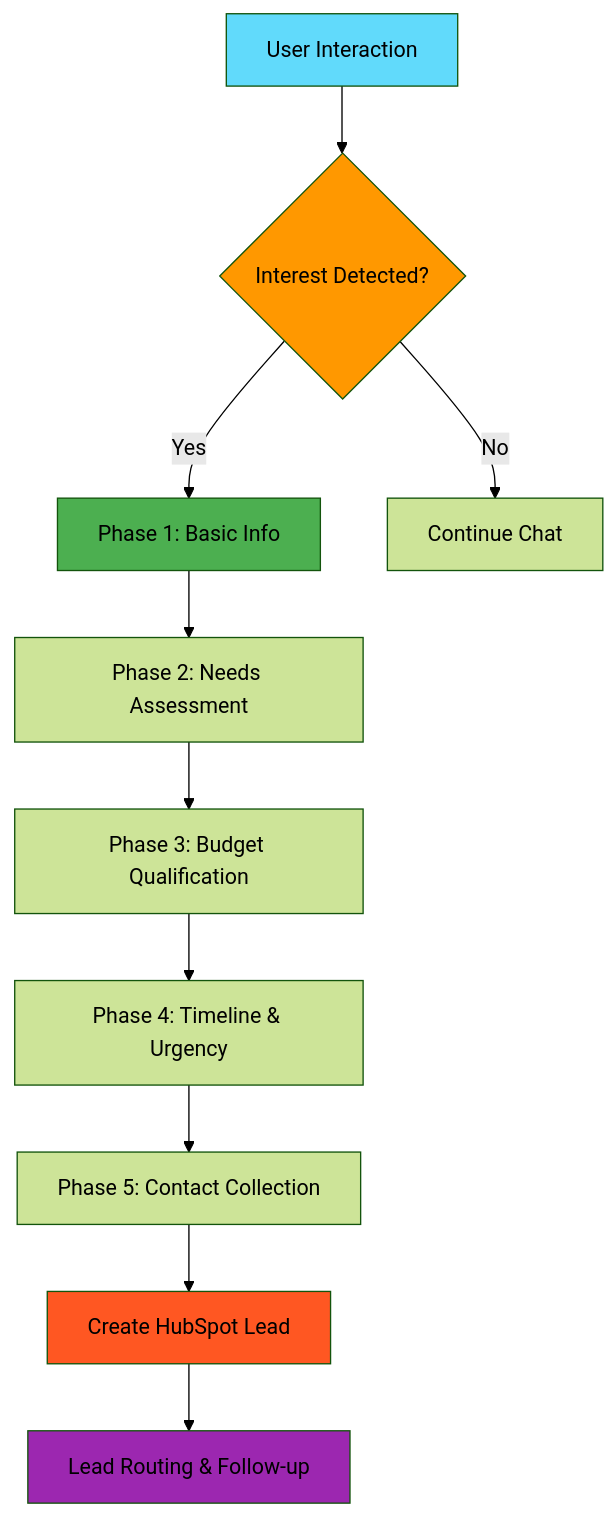
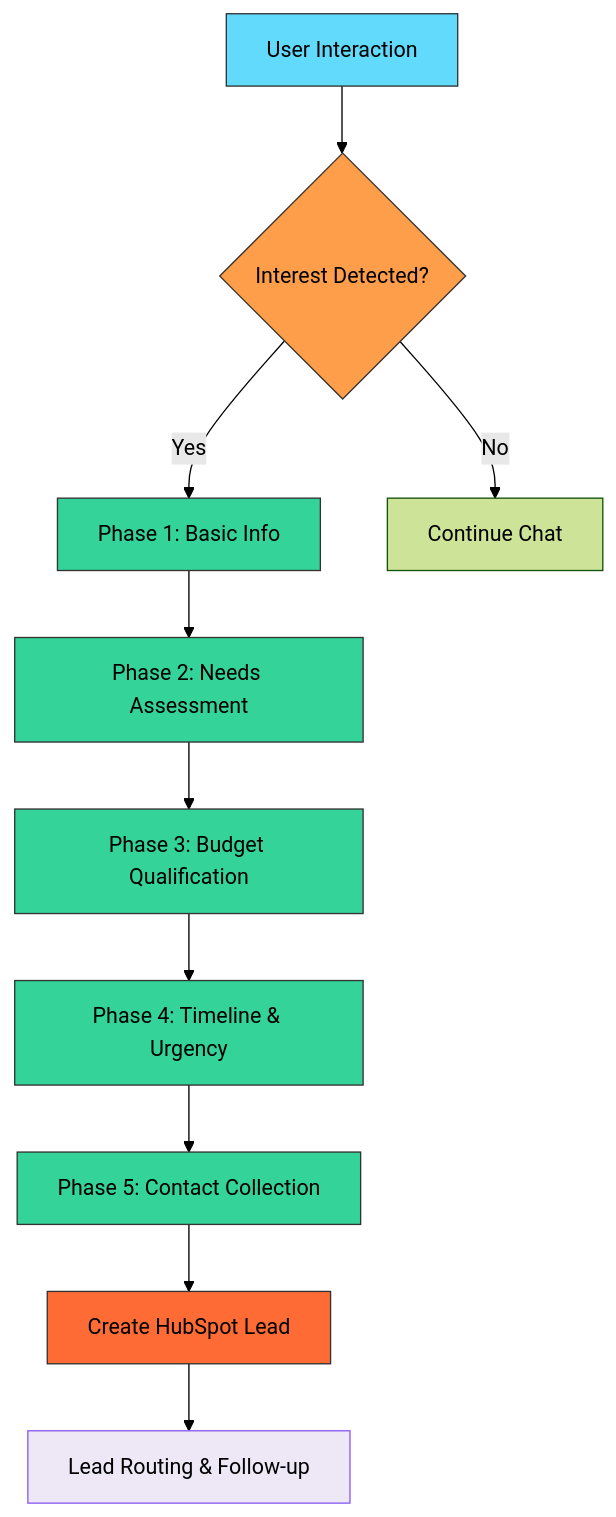
One commit to shahshlok/AnytimeFitnessAgent changed the fourth of 4 diagrams in README.md. Above: the diagram before and after it, drawn with Mermaid (forest theme). The commit also changed other lines of this file, not shown here.

````diff
--- a/README.md
+++ b/README.md
@@ -302,18 +302,22 @@
 ```mermaid
 flowchart TD
     A[User Interaction] --> B{Interest Detected?}
     B -->|Yes| C[Phase 1: Basic Info]
     B -->|No| D[Continue Chat]
     C --> E[Phase 2: Needs Assessment]
     E --> F[Phase 3: Budget Qualification]
     F --> G[Phase 4: Timeline & Urgency]
     G --> H[Phase 5: Contact Collection]
     H --> I[Create HubSpot Lead]
     I --> J[Lead Routing & Follow-up]
     
-    style A fill:#61DAFB
-    style B fill:#FF9800
-    style C fill:#4CAF50
-    style I fill:#FF5722
-    style J fill:#9C27B0
+    style A fill:#61DAFB,stroke:#333,stroke-width:1px
+    style B fill:#FF9E4A,stroke:#333,stroke-width:1px
+    style C fill:#34D399,stroke:#333,stroke-width:1px
+    style E fill:#34D399,stroke:#333,stroke-width:1px
+    style F fill:#34D399,stroke:#333,stroke-width:1px
+    style G fill:#34D399,stroke:#333,stroke-width:1px
+    style H fill:#34D399,stroke:#333,stroke-width:1px
+    style I fill:#FF6B35,stroke:#333,stroke-width:1px
+    style J fill:#EDE7F6,stroke:#8B5CF6,stroke-width:1px
 ```
````
